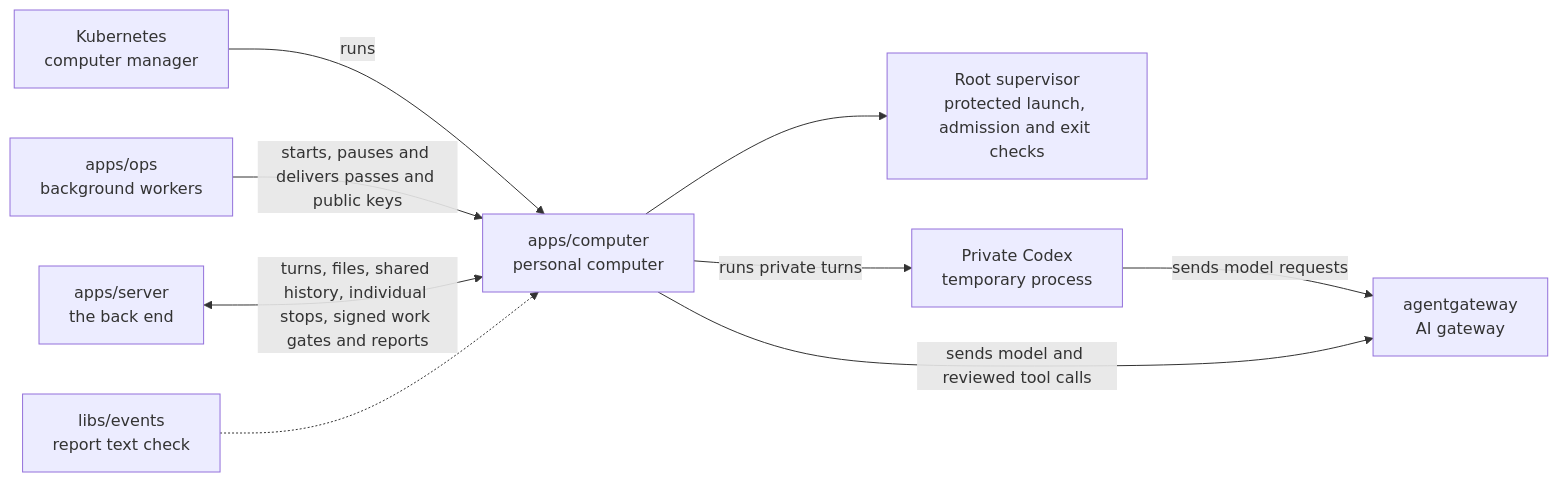
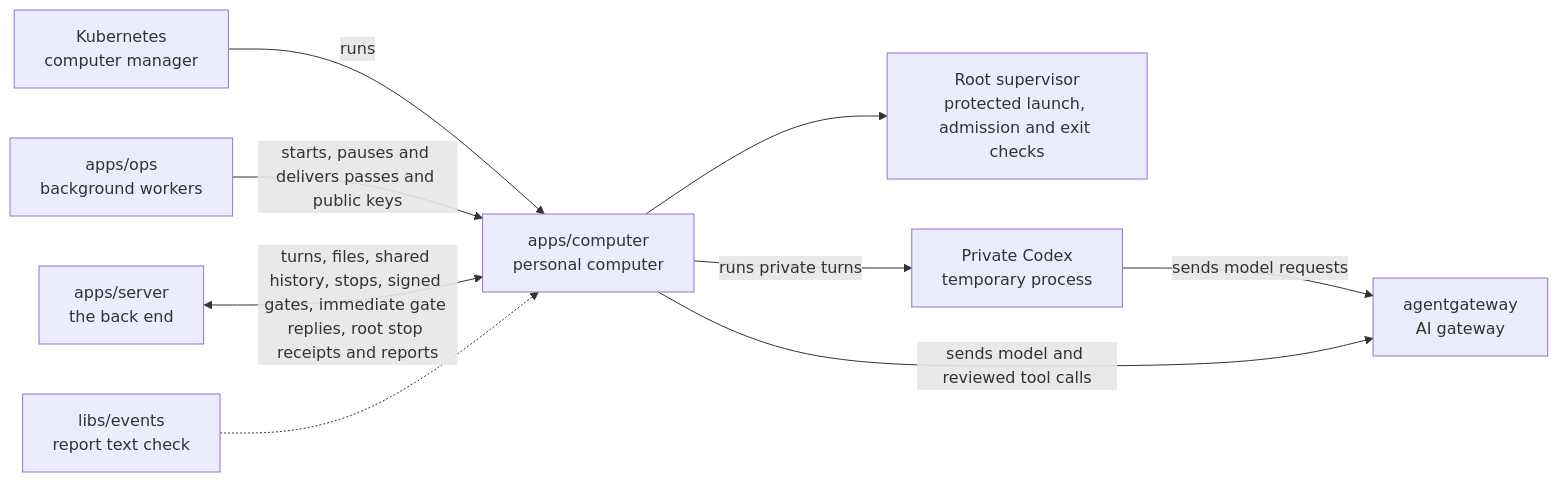
The diagram in apps/computer/README.md (elewa-git/opencrane-new), drawn with Mermaid before and after one commit. The commit also changed other lines of this file and 29 other files, not shown here.

First line of the commit message:
⏸️ A computer is saved as pausing only after the signed gate is accepted and the root executor stops (#461)

````diff
--- a/apps/computer/README.md
+++ b/apps/computer/README.md
@@ -22,11 +22,11 @@
 ```mermaid
 flowchart LR
   kube["Kubernetes<br/>computer manager"] -->|runs| computer["apps/computer<br/>personal computer"]
   ops["apps/ops<br/>background workers"] -->|starts, pauses and delivers passes and public keys| computer
-  server["apps/server<br/>the back end"] <-->|turns, files, shared history, individual stops, signed work gates and reports| computer
+  server["apps/server<br/>the back end"] <-->|turns, files, shared history, stops, signed gates, immediate gate replies, root stop receipts and reports| computer
   events["libs/events<br/>report text check"] -.-> computer
   computer --> supervisor["Root supervisor<br/>protected launch, admission and exit checks"]
   computer -->|runs private turns| private["Private Codex<br/>temporary process"]
   private -->|sends model requests| gateway
   computer -->|sends model and reviewed tool calls| gateway["agentgateway<br/>AI gateway"]
 ```
````
